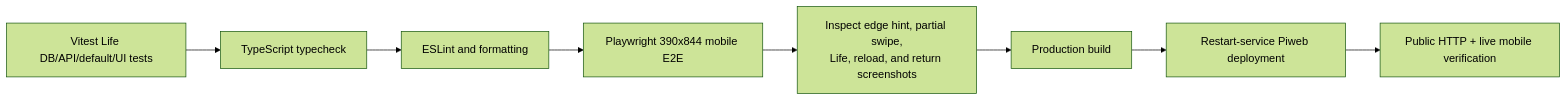
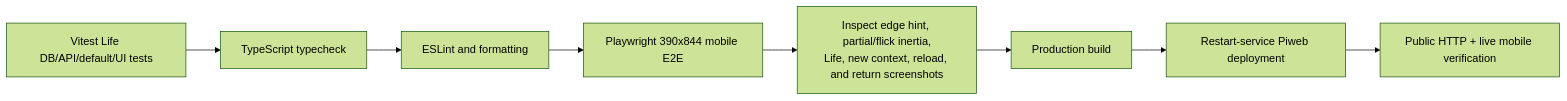
One commit to AyaSakura-comp/piweb changed the fifth of 5 diagrams in docs/life-mode.md. Above: the diagram before and after it, drawn with Mermaid (forest theme). The commit also changed other lines of this file and 10 other files, not shown here.

Commit message:
[verified] Improve Life swipe physics and reset

````diff
--- a/docs/life-mode.md
+++ b/docs/life-mode.md
@@ -272,10 +283,10 @@
 ```mermaid
 flowchart LR
     Unit[Vitest Life DB/API/default/UI tests] --> Types[TypeScript typecheck]
     Types --> Lint[ESLint and formatting]
     Lint --> E2E[Playwright 390x844 mobile E2E]
-    E2E --> Vision[Inspect edge hint, partial swipe,<br/>Life, reload, and return screenshots]
+    E2E --> Vision[Inspect edge hint, partial/flick inertia,<br/>Life, new context, reload, and return screenshots]
     Vision --> Build[Production build]
     Build --> Deploy[Restart-service Piweb deployment]
     Deploy --> Live[Public HTTP + live mobile verification]
 ```
````
